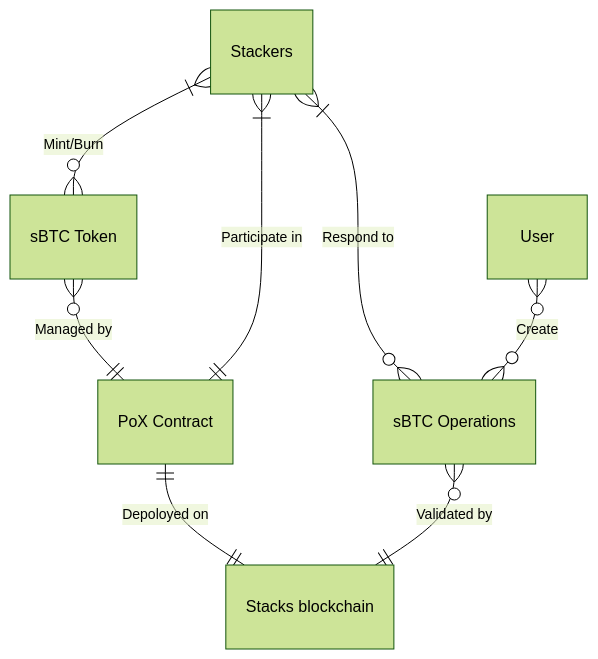
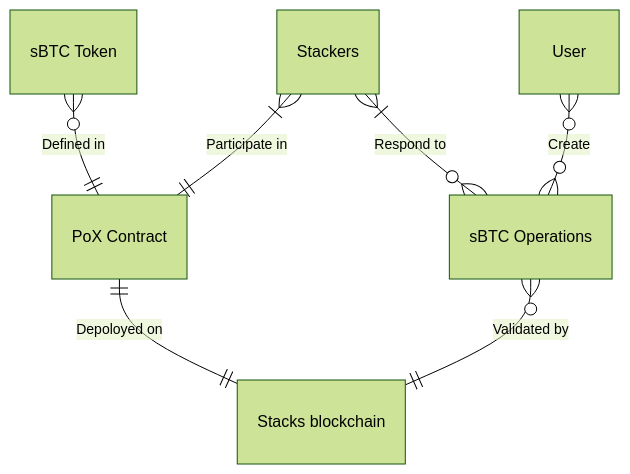
One commit to stacks-network/sbtc-docs changed the diagram in src/architecture.md. Above: the diagram before and after it, drawn with Mermaid (forest theme). The commit also changed other lines of this file, not shown here.

Commit message:
feat: Description of main entities in sBTC

````diff
--- a/src/architecture.md
+++ b/src/architecture.md
@@ -5,10 +16,9 @@
 ```mermaid
 erDiagram
     "PoX Contract" ||--|| "Stacks blockchain" : "Depoloyed on"
-    "sBTC Token" }o--|| "PoX Contract": "Managed by"
+    "sBTC Token" }o--|| "PoX Contract": "Defined in"
     "Stackers" }|--|| "PoX Contract": "Participate in"
-    "Stackers" }|--o{ "sBTC Token": "Mint/Burn"
     "sBTC Operations" }o--|| "Stacks blockchain": "Validated by"
     "Stackers" }|--o{ "sBTC Operations": "Respond to"
     "User" }o--o{ "sBTC Operations": "Create"
 ```
````
